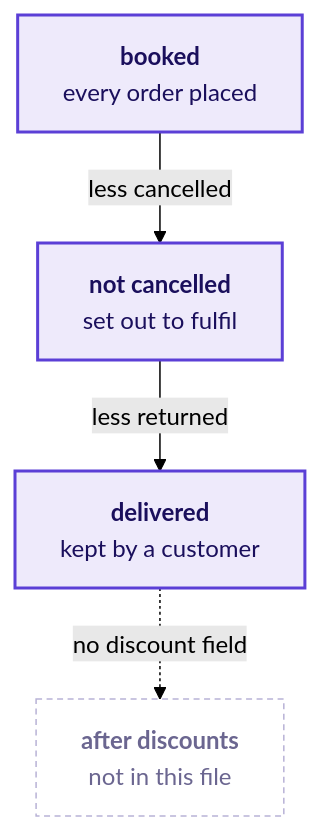
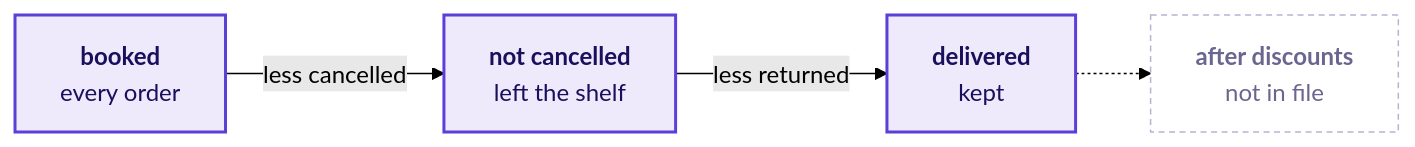
One commit to fde-academy-lab/c2-content-factory changed the eighth of 18 diagrams in content/W01/D1/slides/C2_W01_D01_half1_STUDENT.md. Above: the diagram before and after it, drawn with Mermaid (forest theme). The commit also changed other lines of this file and 10 other files, not shown here.

````diff
--- a/content/W01/D1/slides/C2_W01_D01_half1_STUDENT.md
+++ b/content/W01/D1/slides/C2_W01_D01_half1_STUDENT.md
@@ -226,10 +356,10 @@
 ```mermaid
-flowchart TB
-    B["<b>booked</b><br/>every order placed"] -->|"less cancelled"| N["<b>not cancelled</b><br/>set out to fulfil"]
-    N -->|"less returned"| D["<b>delivered</b><br/>kept by a customer"]
-    D -.->|"no discount field"| X["<b>after discounts</b><br/>not in this file"]
+flowchart LR
+    B["<b>booked</b><br/>every order"] -->|"less cancelled"| N["<b>not cancelled</b><br/>left the shelf"]
+    N -->|"less returned"| D["<b>delivered</b><br/>kept"]
+    D -.-> X["<b>after discounts</b><br/>not in file"]
     classDef known fill:#EEEAFB,stroke:#5B3FD6,color:#1A0F5C,stroke-width:2px
     classDef unknown fill:#FFFFFF,stroke:#B8B2D6,color:#6B6690,stroke-dasharray:4 3
     class B,N,D known
     class X unknown
 ```
````
